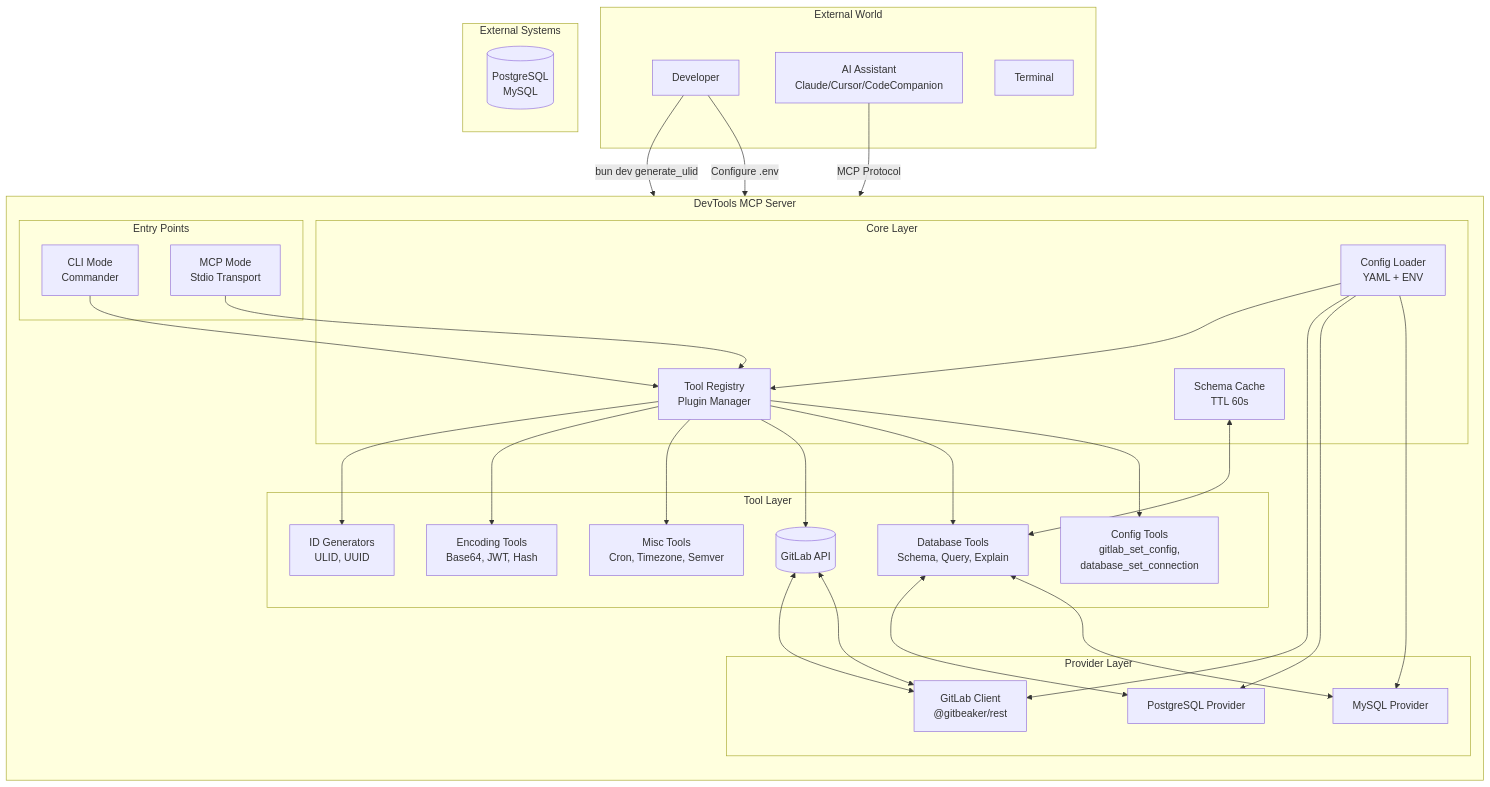
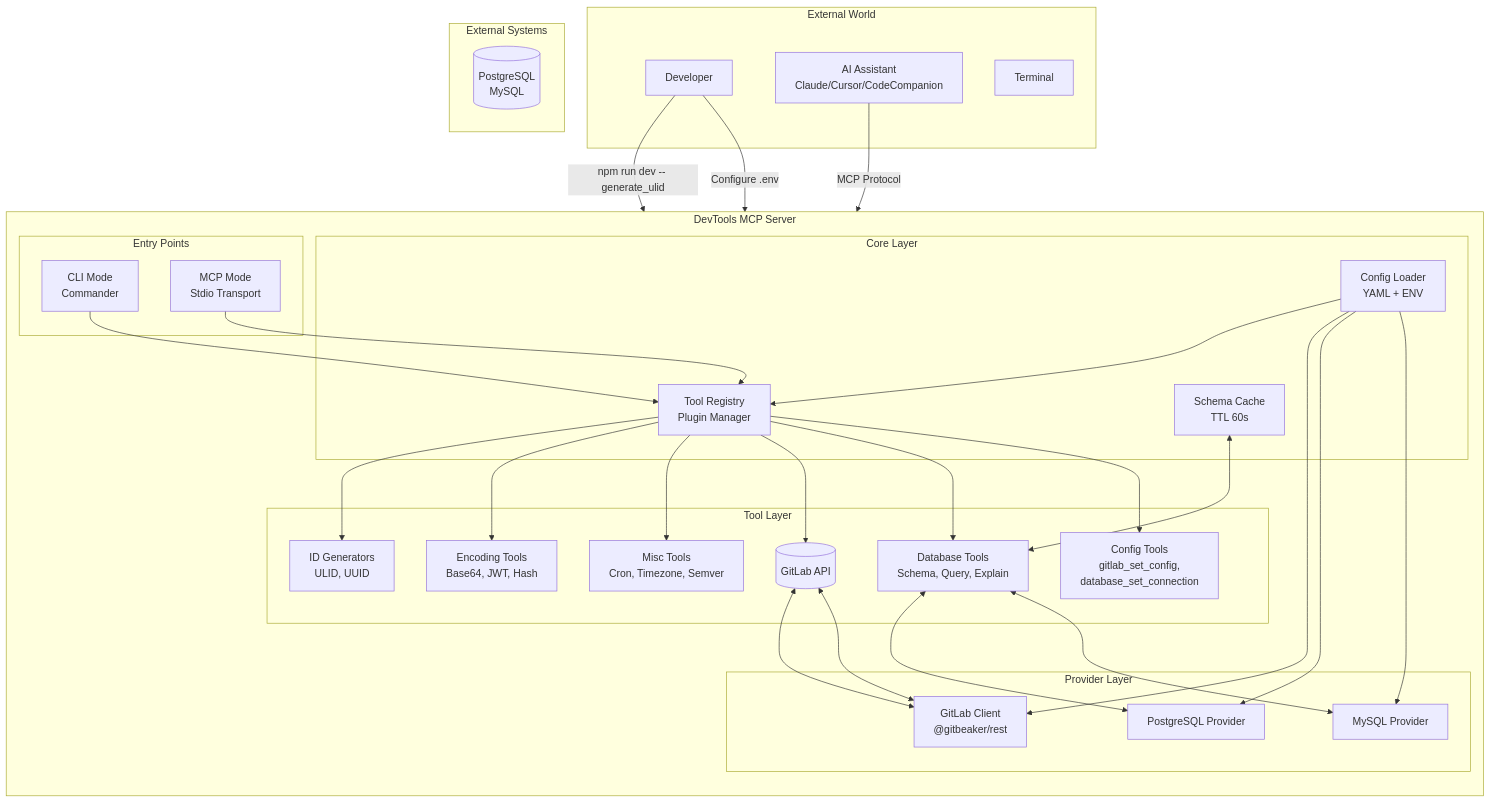
The first of 4 diagrams in docs/Architecture.md (muhfaris/devtools-mcp), drawn with Mermaid before and after one commit. The commit also changed other lines of this file and 6 other files, not shown here.

First line of the commit message:
docs: align the guides with the npm toolchain and release flow

````diff
--- a/docs/Architecture.md
+++ b/docs/Architecture.md
@@ -39,69 +39,69 @@
 ```mermaid
 graph TB
     subgraph "External World"
         AI[AI Assistant<br/>Claude/Cursor/CodeCompanion]
         User[Developer]
         Terminal[Terminal]
     end
 
     subgraph "DevTools MCP Server"
         direction TB
 
         subgraph "Entry Points"
             CLI[CLI Mode<br/>Commander]
             MCP[MCP Mode<br/>Stdio Transport]
         end
 
         subgraph "Core Layer"
             Registry[Tool Registry<br/>Plugin Manager]
             Config[Config Loader<br/>YAML + ENV]
             Cache[Schema Cache<br/>TTL 60s]
         end
 
         subgraph "Tool Layer"
             ID[ID Generators<br/>ULID, UUID]
             Encoding[Encoding Tools<br/>Base64, JWT, Hash]
             Misc[Misc Tools<br/>Cron, Timezone, Semver]
             GitLab[GitLab Tools<br/>List MRs, Review, Comment]
             DB[Database Tools<br/>Schema, Query, Explain]
             ConfigTools[Config Tools<br/>gitlab_set_config,<br/>database_set_connection]
         end
 
         subgraph "Provider Layer"
             Postgres[PostgreSQL Provider]
             MySQL[MySQL Provider]
             GitLabProvider[GitLab Client<br/>@gitbeaker/rest]
         end
     end
 
     subgraph "External Systems"
         Database[(PostgreSQL<br/>MySQL)]
         GitLab[(GitLab API)]
     end
 
-    User -->|"bun dev generate_ulid"| CLI
+    User -->|"npm run dev -- generate_ulid"| CLI
     User -->|"Configure .env"| Config
     AI -->|"MCP Protocol"| MCP
 
     CLI --> Registry
     MCP --> Registry
 
     Registry --> ID
     Registry --> Encoding
     Registry --> Misc
     Registry --> GitLab
     Registry --> DB
     Registry --> ConfigTools
 
     Config --> Registry
     Config --> GitLabProvider
     Config --> Postgres
     Config --> MySQL
 
     Cache <--> DB
     DB <--> Postgres
     DB <--> MySQL
 
     GitLab <--> GitLabProvider
     GitLabProvider <--> GitLab
 ```
````
